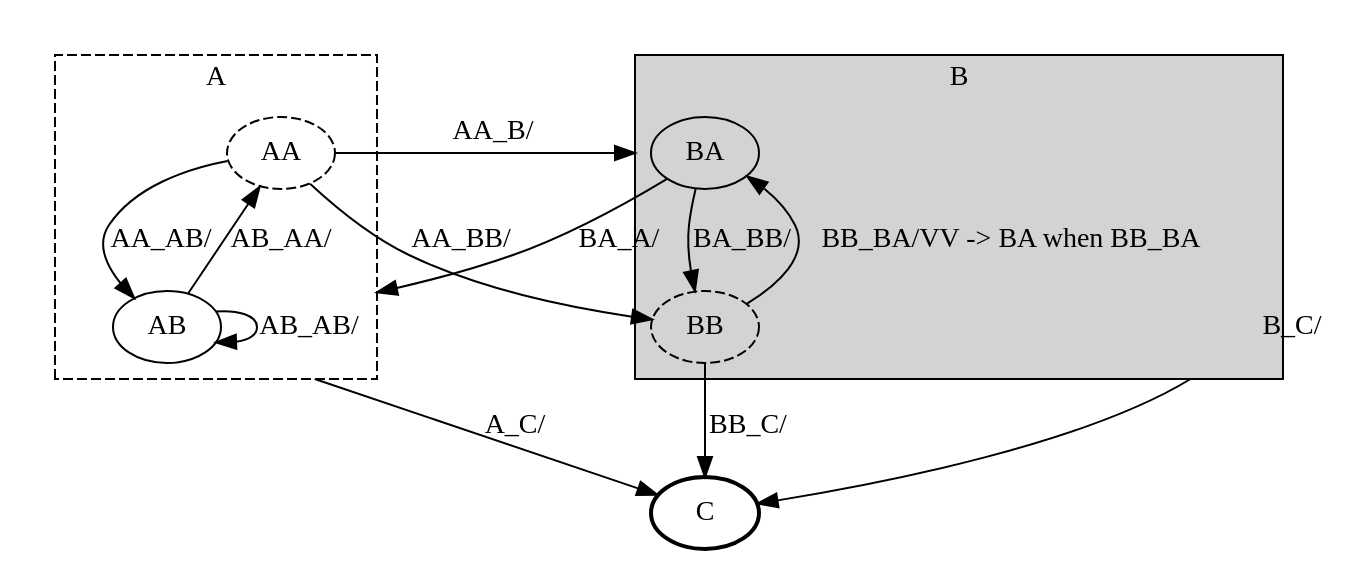
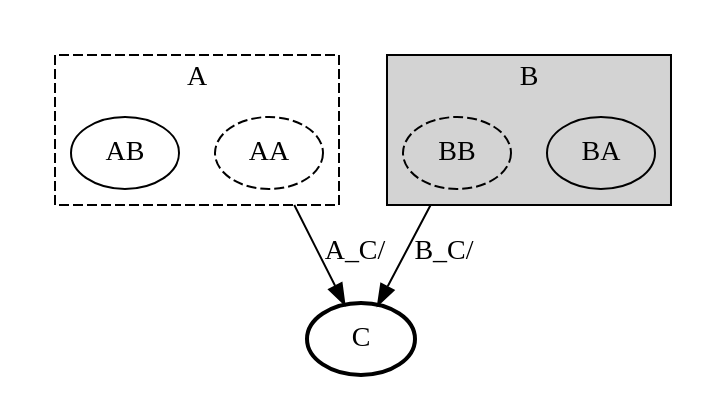
The diagram in net.tangly.fsm/src/site/pics/fsm-test.dot (tangly-team/tangly-os), drawn with Graphviz before and after one commit. The commit also changed 5 other files, not shown here.

```diff
--- a/net.tangly.fsm/src/site/pics/fsm-test.dot
+++ b/net.tangly.fsm/src/site/pics/fsm-test.dot
@@ -1,34 +1,25 @@
 digraph G {
   compound=true;
 
   subgraph cluster1001 {
     style=invis;
     subgraph cluster1 {
       style="visible, dashed";
       label = "A"
       AA [style="dashed"];
       AB [];
     }
   }
   subgraph cluster1004 {
     style=invis;
     subgraph cluster4 {
       style="visible, filled";
       label = "B"
       BA [style="filled"];
       BB [style="dashed"];
     }
   }
   C [style="bold"];
-  AB -> C [ltail=cluster1, label="A_C/"];
-  AA -> AB [label="AA_AB/"];
-  AA -> BA [lhead=cluster4, label="AA_B/"];
-  AA -> BB [label="AA_BB/"];
-  AB -> AA [label="AB_AA/"];
-  AB -> AB [label="AB_AB/"];
-  BA -> C [ltail=cluster4, label="B_C/"];
-  BA -> AB [lhead=cluster1, label="BA_A/"];
-  BA -> BB [label="BA_BB/"];
-  BB -> BA [label="BB_BA/VV -> BA when BB_BA"];
-  BB -> C [label="BB_C/"];
+  AA -> C [ltail=cluster1, label="A_C/"];
+  BB -> C [ltail=cluster4, label="B_C/"];
 }
```
